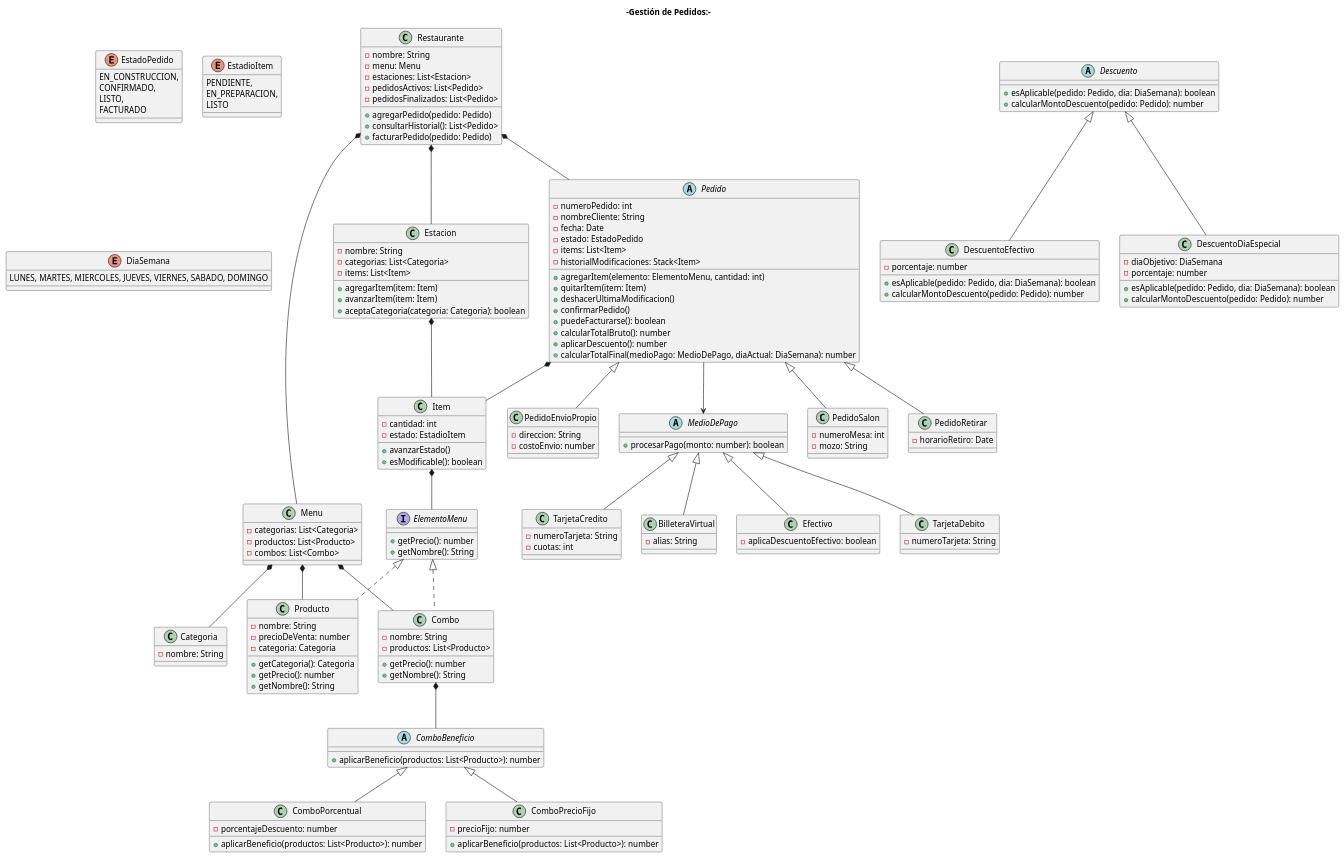
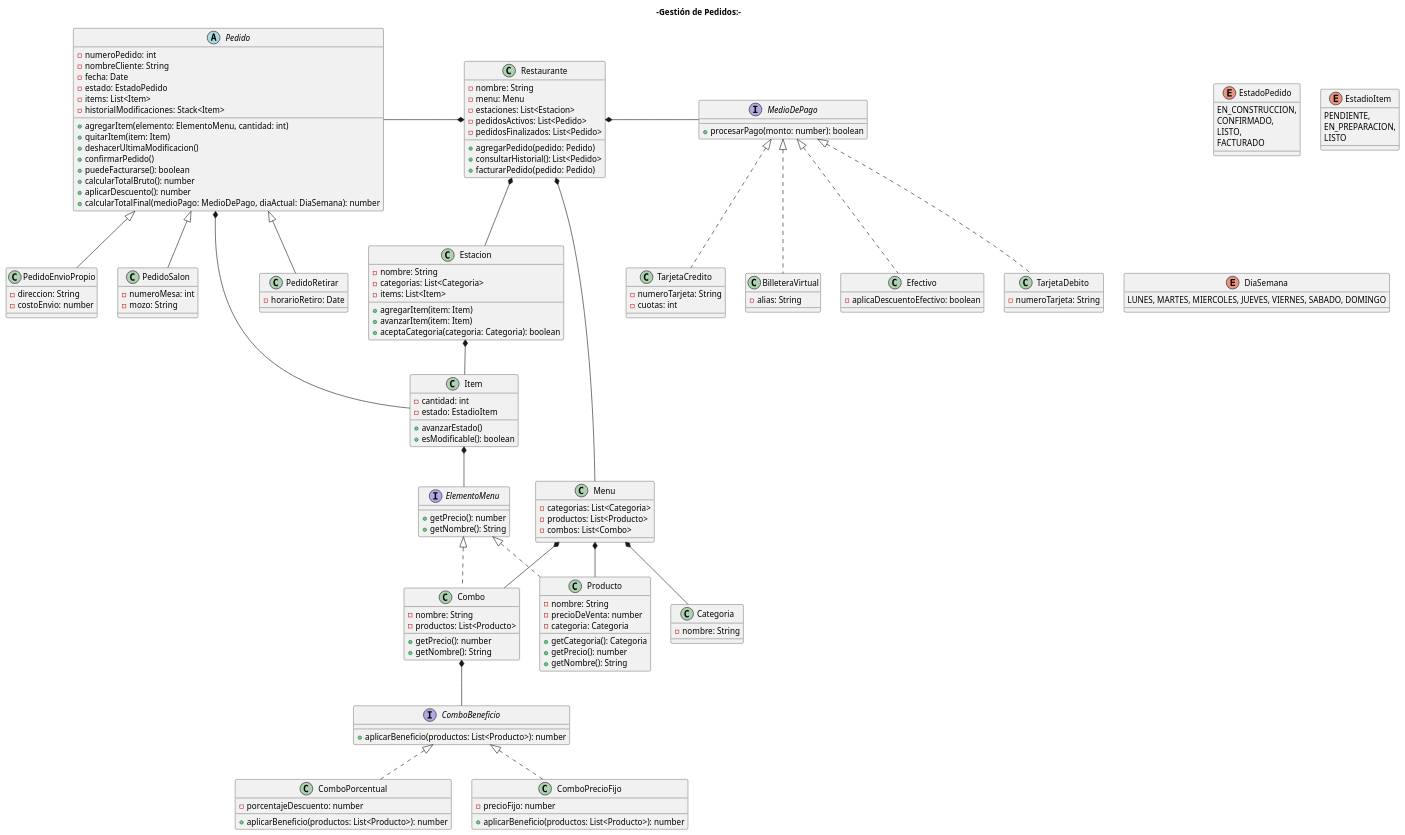
One commit to JuanJauregui2014/Tp-cuatrimestral-programacion-II changed the diagram in diagramas/diagramas.puml. Above: the diagram before and after it, drawn with PlantUML. The commit also changed 4 other files, not shown here.

Commit message:
Agrego métodos de la clase restaurante, modifico la clase Item y la clase Estacion con comprobación de Crudele, modifico clase Menu y modifico diagrama

```diff
--- a/diagramas/diagramas.puml
+++ b/diagramas/diagramas.puml
@@ -1,184 +1,184 @@
 @startuml
 title -Gestión de Pedidos:-
 class Restaurante {
     -nombre: String
     -menu: Menu
     -estaciones: List<Estacion>
     -pedidosActivos: List<Pedido>
     -pedidosFinalizados: List<Pedido>
 
     +agregarPedido(pedido: Pedido)
     +consultarHistorial(): List<Pedido>
     +facturarPedido(pedido: Pedido)
 }
 
 class Menu {
     -categorias: List<Categoria>
     -productos: List<Producto>
     -combos: List<Combo>
 }
 
 class Categoria {
     -nombre: String
 }
 
 interface ElementoMenu {
     +getPrecio(): number
     +getNombre(): String
 }
 
 class Combo implements ElementoMenu {
     -nombre: String
     -productos: List<Producto>
     +getPrecio(): number
     +getNombre(): String
 }
 
-abstract class ComboBeneficio {
+interface ComboBeneficio {
     +aplicarBeneficio(productos: List<Producto>): number
 }
 
-class ComboPorcentual extends ComboBeneficio {
+class ComboPorcentual implements ComboBeneficio {
     -porcentajeDescuento: number
     +aplicarBeneficio(productos: List<Producto>): number
 }
 
-class ComboPrecioFijo extends ComboBeneficio {
+class ComboPrecioFijo implements ComboBeneficio {
     -precioFijo: number
     +aplicarBeneficio(productos: List<Producto>): number
 }
 
 abstract class Pedido {
     -numeroPedido: int
     -nombreCliente: String
     -fecha: Date
     -estado: EstadoPedido
     -items: List<Item>
     -historialModificaciones: Stack<Item>
 
     +agregarItem(elemento: ElementoMenu, cantidad: int)
     +quitarItem(item: Item)
     +deshacerUltimaModificacion()
     +confirmarPedido()
     +puedeFacturarse(): boolean
     +calcularTotalBruto(): number
     +aplicarDescuento(): number
     +calcularTotalFinal(medioPago: MedioDePago, diaActual: DiaSemana): number
 }
 
 class PedidoSalon {
     -numeroMesa: int
     -mozo: String
 }
 
 class PedidoRetirar {
     -horarioRetiro: Date
 }
 
 class PedidoEnvioPropio {
     -direccion: String
     -costoEnvio: number
 }
 
 class Item {
     -cantidad: int
     -estado: EstadioItem
     
     +avanzarEstado()
     +esModificable(): boolean
 }
 
 class Estacion {
     -nombre: String
     -categorias: List<Categoria>
     -items: List<Item>
 
     +agregarItem(item: Item)
     +avanzarItem(item: Item)
     +aceptaCategoria(categoria: Categoria): boolean
 }
 
 class Producto implements ElementoMenu {
     -nombre: String
     -precioDeVenta: number
     -categoria: Categoria
     
     +getCategoria(): Categoria
     +getPrecio(): number
     +getNombre(): String
 }
 
-abstract class MedioDePago {
+interface MedioDePago {
     +procesarPago(monto: number): boolean
 }
 
-class Efectivo extends MedioDePago {
+class Efectivo implements MedioDePago {
     -aplicaDescuentoEfectivo: boolean
 }
 
-class TarjetaDebito extends MedioDePago {
+class TarjetaDebito implements MedioDePago {
     -numeroTarjeta: String
 }
 
-class TarjetaCredito extends MedioDePago {
+class TarjetaCredito implements MedioDePago {
     -numeroTarjeta: String
     -cuotas: int
 }
 
-class BilleteraVirtual extends MedioDePago {
+class BilleteraVirtual implements MedioDePago {
     -alias: String
 }
 
-abstract class Descuento {
+/' abstract class Descuento {
      +esAplicable(pedido: Pedido, dia: DiaSemana): boolean
      +calcularMontoDescuento(pedido: Pedido): number
 }
 
 class DescuentoEfectivo extends Descuento {
     -porcentaje: number
     +esAplicable(pedido: Pedido, dia: DiaSemana): boolean
     +calcularMontoDescuento(pedido: Pedido): number
 }
 
 class DescuentoDiaEspecial extends Descuento {
     -diaObjetivo: DiaSemana
     -porcentaje: number
     +esAplicable(pedido: Pedido, dia: DiaSemana): boolean
     +calcularMontoDescuento(pedido: Pedido): number
-}
+} '/
 
 enum EstadoPedido {
     EN_CONSTRUCCION,
     CONFIRMADO,
     LISTO,
     FACTURADO
 }
 
 enum EstadioItem {
     PENDIENTE,
     EN_PREPARACION,
     LISTO
 }
 
 enum DiaSemana {
     LUNES, MARTES, MIERCOLES, JUEVES, VIERNES, SABADO, DOMINGO
 }
 
 ' Relaciones Estructurales
 Restaurante *-- Menu
 Restaurante  *-- Estacion
-Restaurante *--  Pedido
+Restaurante *-l-  Pedido
+Restaurante *-r- MedioDePago
 Menu  *-- Categoria
 Menu  *-- Producto
 Menu  *--Combo
 Combo  *--  ComboBeneficio
 Pedido  *--  Item
 Item  *--  ElementoMenu
 Estacion  *-- Item
 
 Pedido <|-- PedidoSalon
 Pedido <|-- PedidoRetirar
 Pedido <|-- PedidoEnvioPropio
 
-Pedido -->  MedioDePago
 @enduml
```
